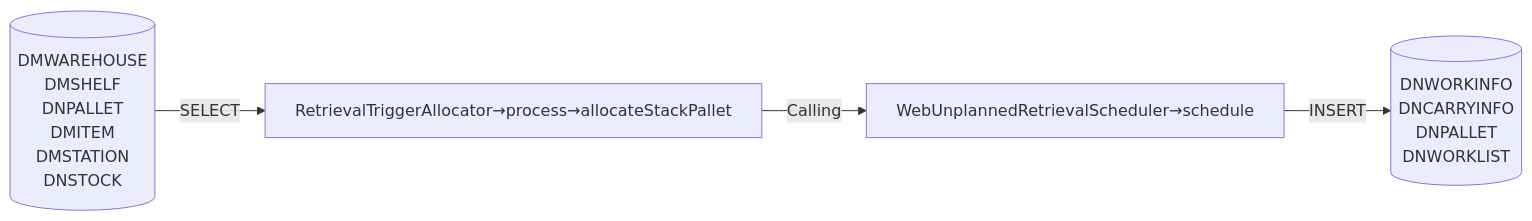
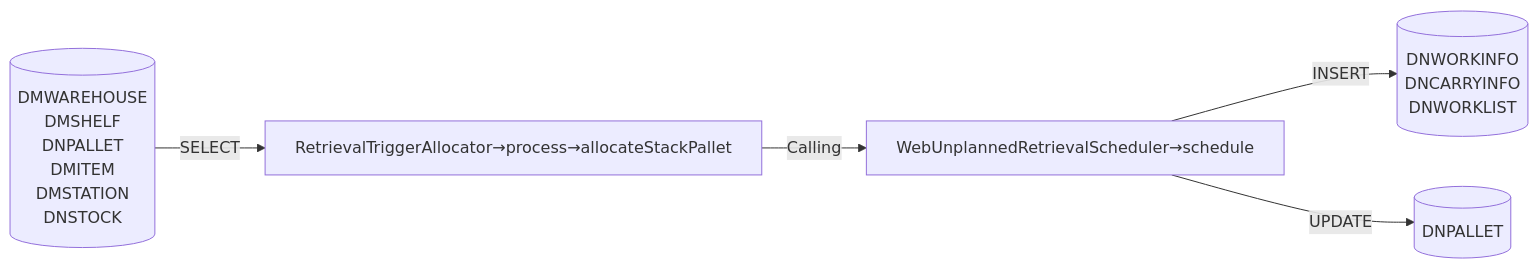
The ninth of 15 diagrams in Basic-Design/DFD-WMS/Retrieval/Stacked-Empty-Pallet.md (luthfiadityaa/SimeDarby-Wiki), drawn with Mermaid before and after one commit.

Commit message:
Updated Stacked Empty Pallet

```diff
--- a/Basic-Design/DFD-WMS/Retrieval/Stacked-Empty-Pallet.md
+++ b/Basic-Design/DFD-WMS/Retrieval/Stacked-Empty-Pallet.md
@@ -235,27 +235,31 @@
 ::: mermaid
 flowchart LR    
 
     tableList-insert[("
         DNWORKINFO
         DNCARRYINFO
+        DNWORKLIST
+    ")]
+
+   tableList-update[("
         DNPALLET
-        DNWORKLIST
     ")]
 
      tableList-select[("
         DMWAREHOUSE
         DMSHELF
         DNPALLET
         DMITEM
         DMSTATION
         DNSTOCK
     ")]
 
     className[RetrievalTriggerAllocator→process→allocateStackPallet]
     className2[WebUnplannedRetrievalScheduler→schedule]
     className--> |Calling| className2
     className2 --> |INSERT| tableList-insert
+    className2 --> |UPDATE| tableList-update
     tableList-select --> |SELECT| className
     classDef leftAlign text-align:left;
     class input leftAlign;
 :::
```
